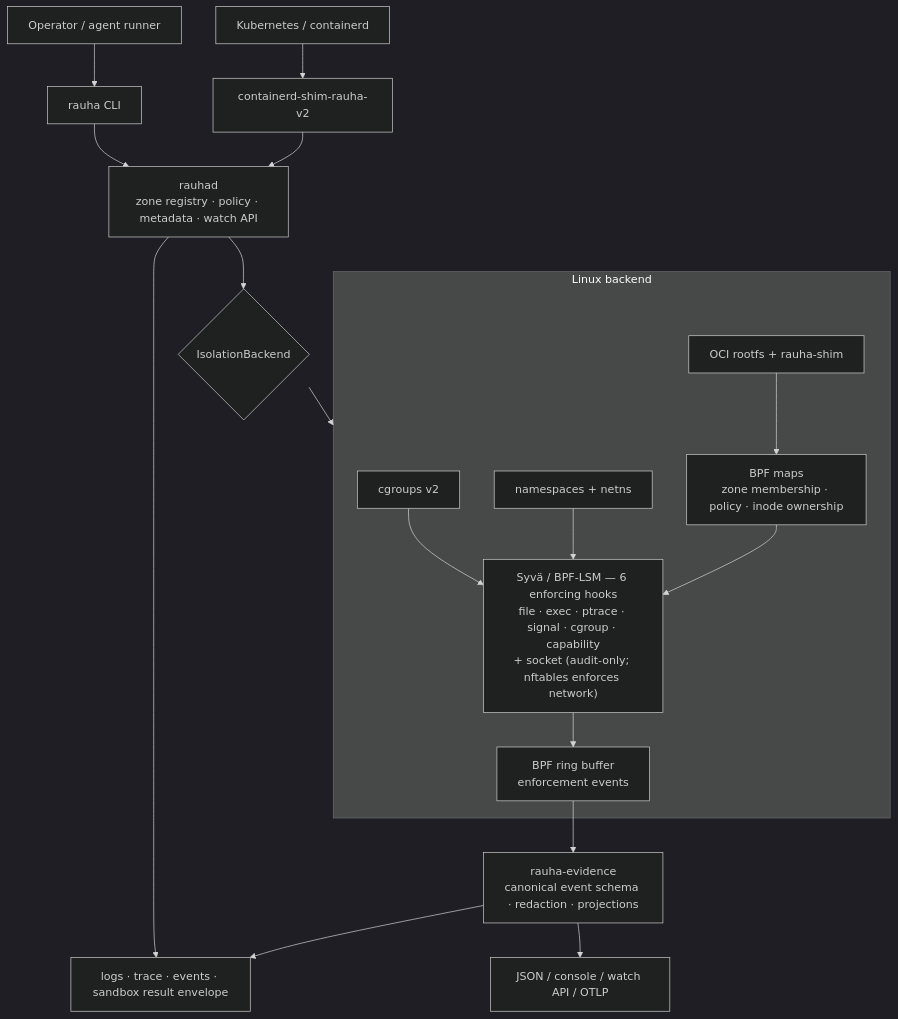
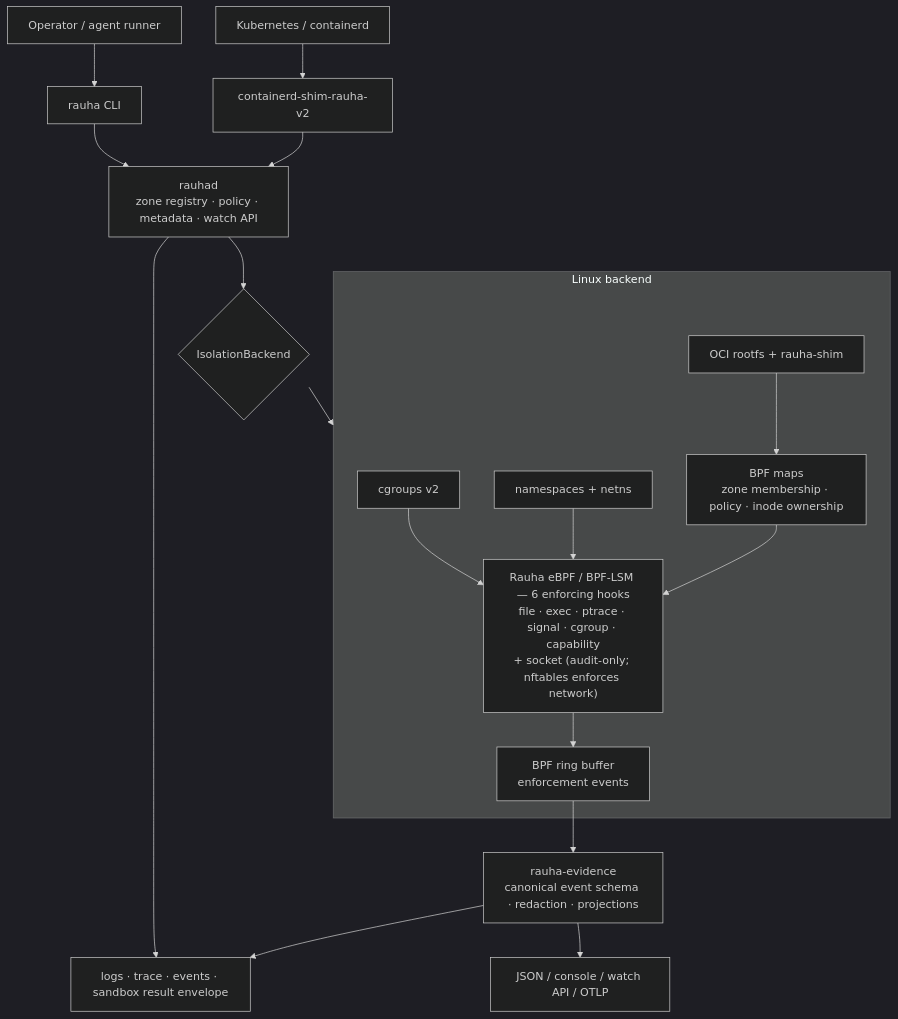
One commit to false-systems/rauha changed the diagram in docs/architecture.md. Above: the diagram before and after it, drawn with Mermaid (dark theme). The commit also changed 7 other files, not shown here.

````diff
--- a/docs/architecture.md
+++ b/docs/architecture.md
@@ -7,41 +7,41 @@
 ```mermaid
 flowchart TB
     operator["Operator / agent runner"]
     k8s["Kubernetes / containerd"]
     cli["rauha CLI"]
     shimv2["containerd-shim-rauha-v2"]
     daemon["rauhad\nzone registry · policy · metadata · watch API"]
     backend{"IsolationBackend"}
 
     operator --> cli
     k8s --> shimv2
     cli --> daemon
     shimv2 --> daemon
     daemon --> backend
 
     subgraph linux["Linux backend"]
         cgroups["cgroups v2"]
         ns["namespaces + netns"]
         rootfs["OCI rootfs + rauha-shim"]
-        syva["Syvä / BPF-LSM — 6 enforcing hooks\nfile · exec · ptrace · signal · cgroup · capability\n+ socket (audit-only; nftables enforces network)"]
+        ebpf["Rauha eBPF / BPF-LSM — 6 enforcing hooks\nfile · exec · ptrace · signal · cgroup · capability\n+ socket (audit-only; nftables enforces network)"]
         maps["BPF maps\nzone membership · policy · inode ownership"]
         ring["BPF ring buffer\nenforcement events"]
 
-        cgroups --> syva
-        ns --> syva
+        cgroups --> ebpf
+        ns --> ebpf
         rootfs --> maps
-        maps --> syva
-        syva --> ring
+        maps --> ebpf
+        ebpf --> ring
     end
 
     backend --> linux
 
     evidence["rauha-evidence\ncanonical event schema · redaction · projections"]
     surfaces["logs · trace · events · sandbox result envelope"]
     sinks["JSON / console / watch API / OTLP"]
 
     ring --> evidence
     daemon --> surfaces
     evidence --> surfaces
     evidence --> sinks
 ```
````
